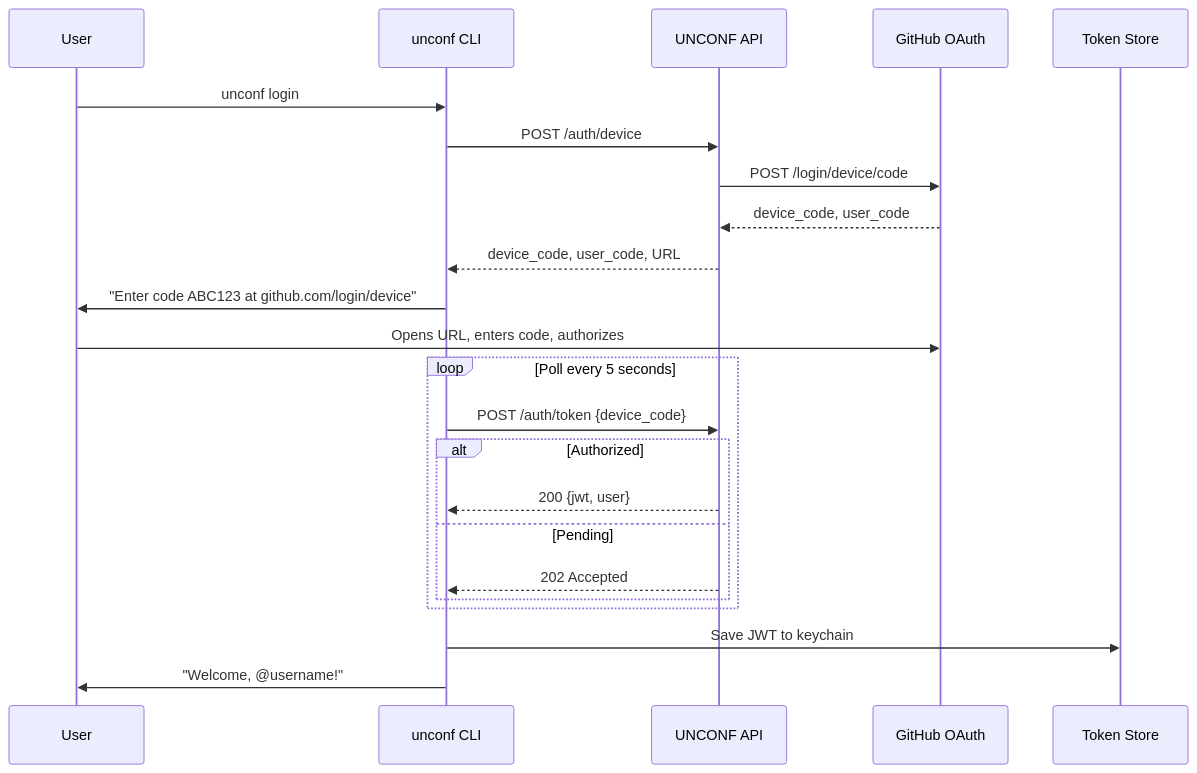
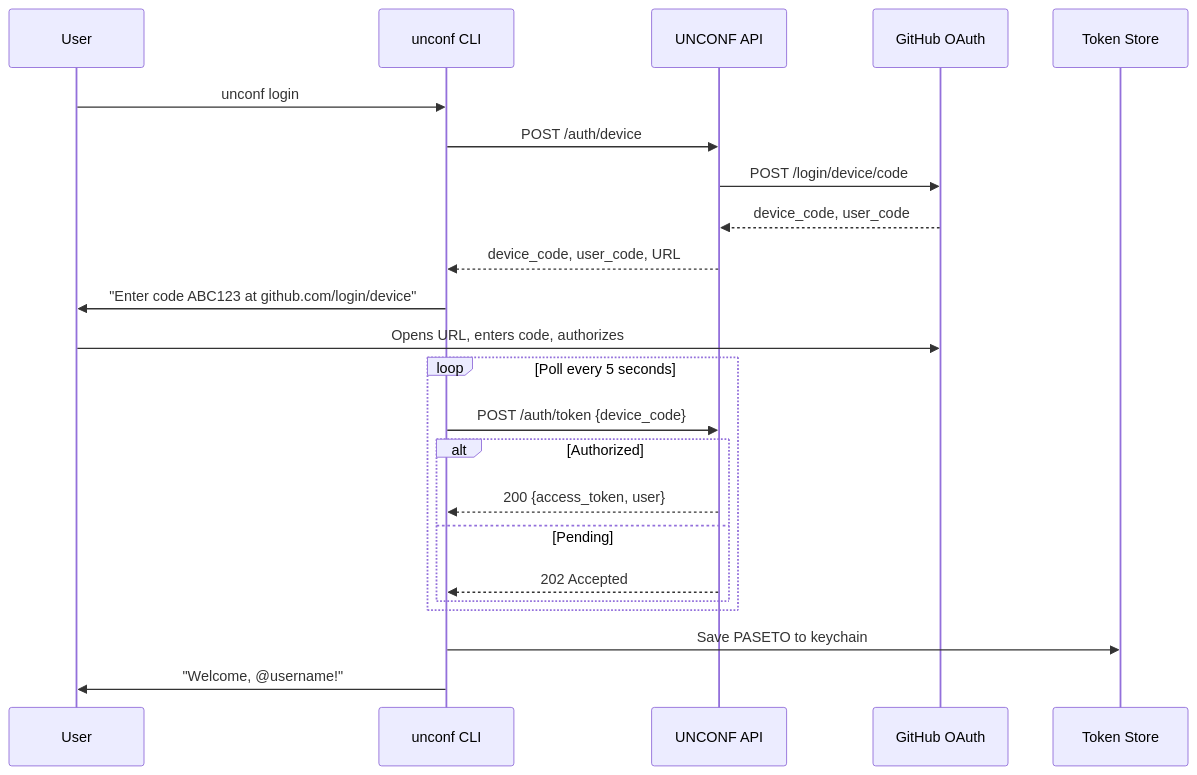
One commit to extreme-programming-user-group-bergamo/unconf-vibes changed the first of 4 diagrams in docs/architecture/8-core-workflows.md. Above: the diagram before and after it, drawn with Mermaid. The commit also changed 12 other files, not shown here.

Commit message:
docs(architecture): update authentication method from JWT to PASETO and enhance related documentation

````diff
--- a/docs/architecture/8-core-workflows.md
+++ b/docs/architecture/8-core-workflows.md
@@ -5,29 +5,29 @@
 ```mermaid
 sequenceDiagram
     participant User
     participant CLI as unconf CLI
     participant API as UNCONF API
     participant GH as GitHub OAuth
     participant Store as Token Store
 
     User->>CLI: unconf login
     CLI->>API: POST /auth/device
     API->>GH: POST /login/device/code
     GH-->>API: device_code, user_code
     API-->>CLI: device_code, user_code, URL
     
     CLI->>User: "Enter code ABC123 at github.com/login/device"
     User->>GH: Opens URL, enters code, authorizes
     
     loop Poll every 5 seconds
         CLI->>API: POST /auth/token {device_code}
         alt Authorized
-            API-->>CLI: 200 {jwt, user}
+            API-->>CLI: 200 {access_token, user}
         else Pending
             API-->>CLI: 202 Accepted
         end
     end
     
-    CLI->>Store: Save JWT to keychain
+    CLI->>Store: Save PASETO to keychain
     CLI->>User: "Welcome, @username!"
 ```
````
